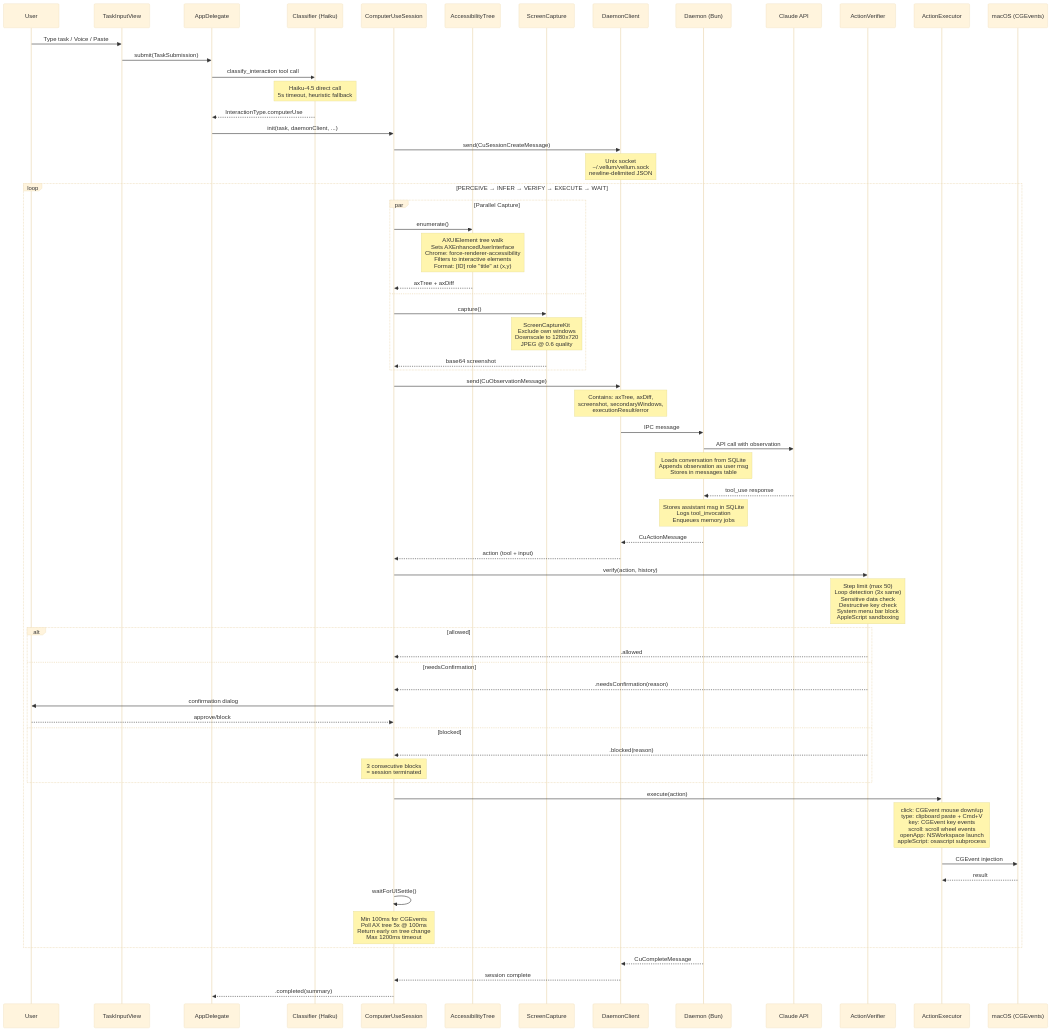
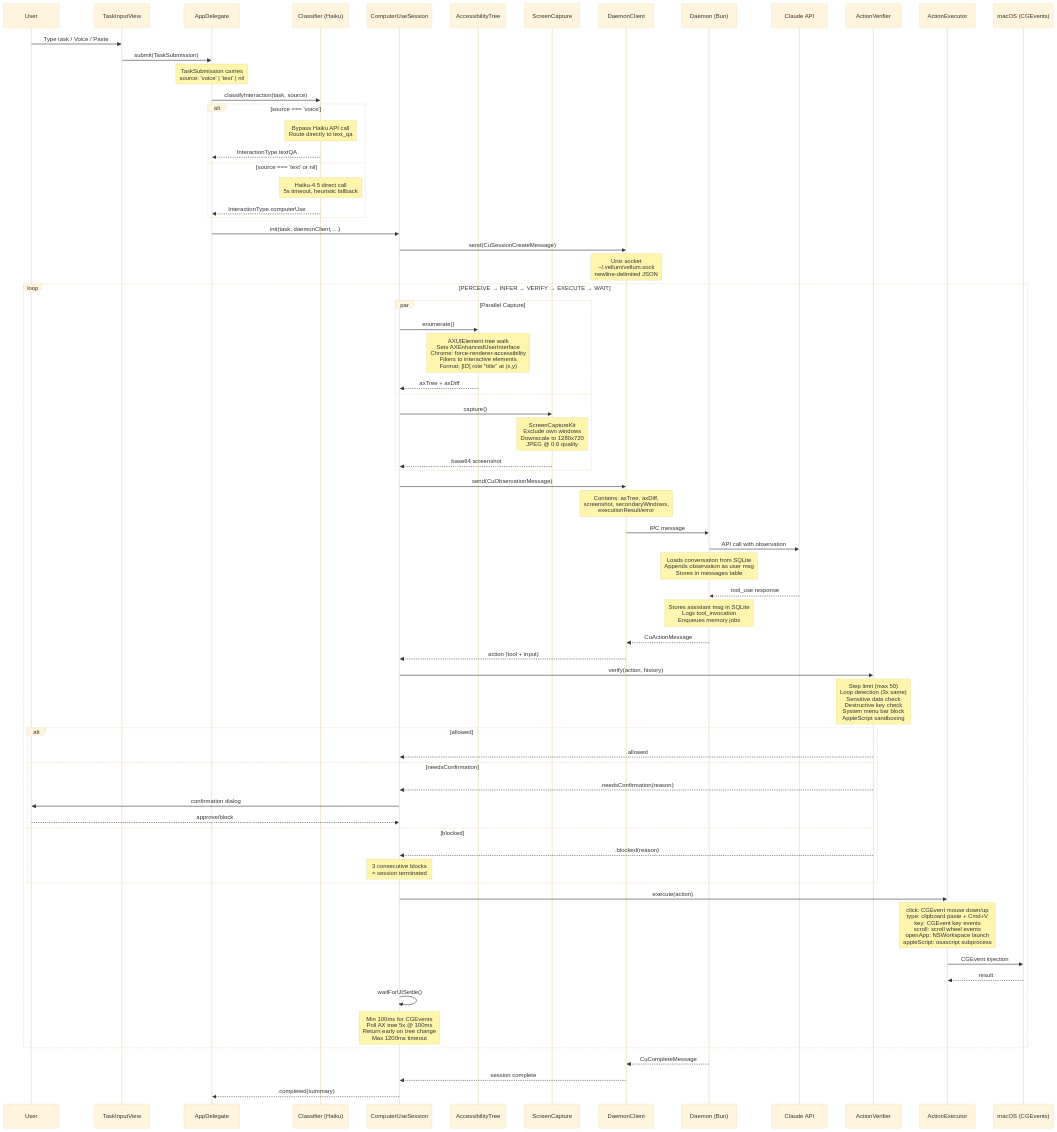
The third of 9 diagrams in ARCHITECTURE.md (vellum-ai/vellum-assistant), drawn with Mermaid (base theme) before and after one commit. The commit also changed other lines of this file, not shown here.

First line of the commit message:
Update architecture docs for voice-routing flow

```diff
--- a/ARCHITECTURE.md
+++ b/ARCHITECTURE.md
@@ -257,9 +260,16 @@
 
     User->>UI: Type task / Voice / Paste
     UI->>AD: submit(TaskSubmission)
-    AD->>CLS: classify_interaction tool call
-    Note over CLS: Haiku-4.5 direct call<br/>5s timeout, heuristic fallback
-    CLS-->>AD: InteractionType.computerUse
+    Note over AD: TaskSubmission carries<br/>source: 'voice' | 'text' | nil
+    AD->>CLS: classifyInteraction(task, source)
+
+    alt source === 'voice'
+        Note over CLS: Bypass Haiku API call<br/>Route directly to text_qa
+        CLS-->>AD: InteractionType.textQA
+    else source === 'text' or nil
+        Note over CLS: Haiku-4.5 direct call<br/>5s timeout, heuristic fallback
+        CLS-->>AD: InteractionType.computerUse
+    end
 
     AD->>Session: init(task, daemonClient, ...)
     Session->>DC: send(CuSessionCreateMessage)
```
